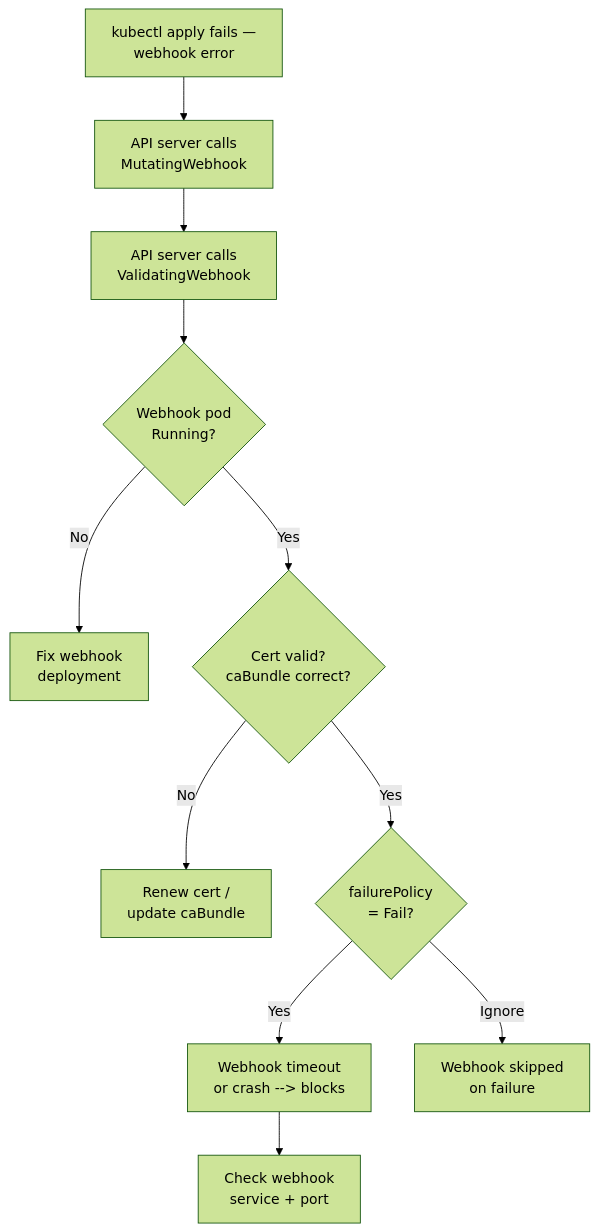
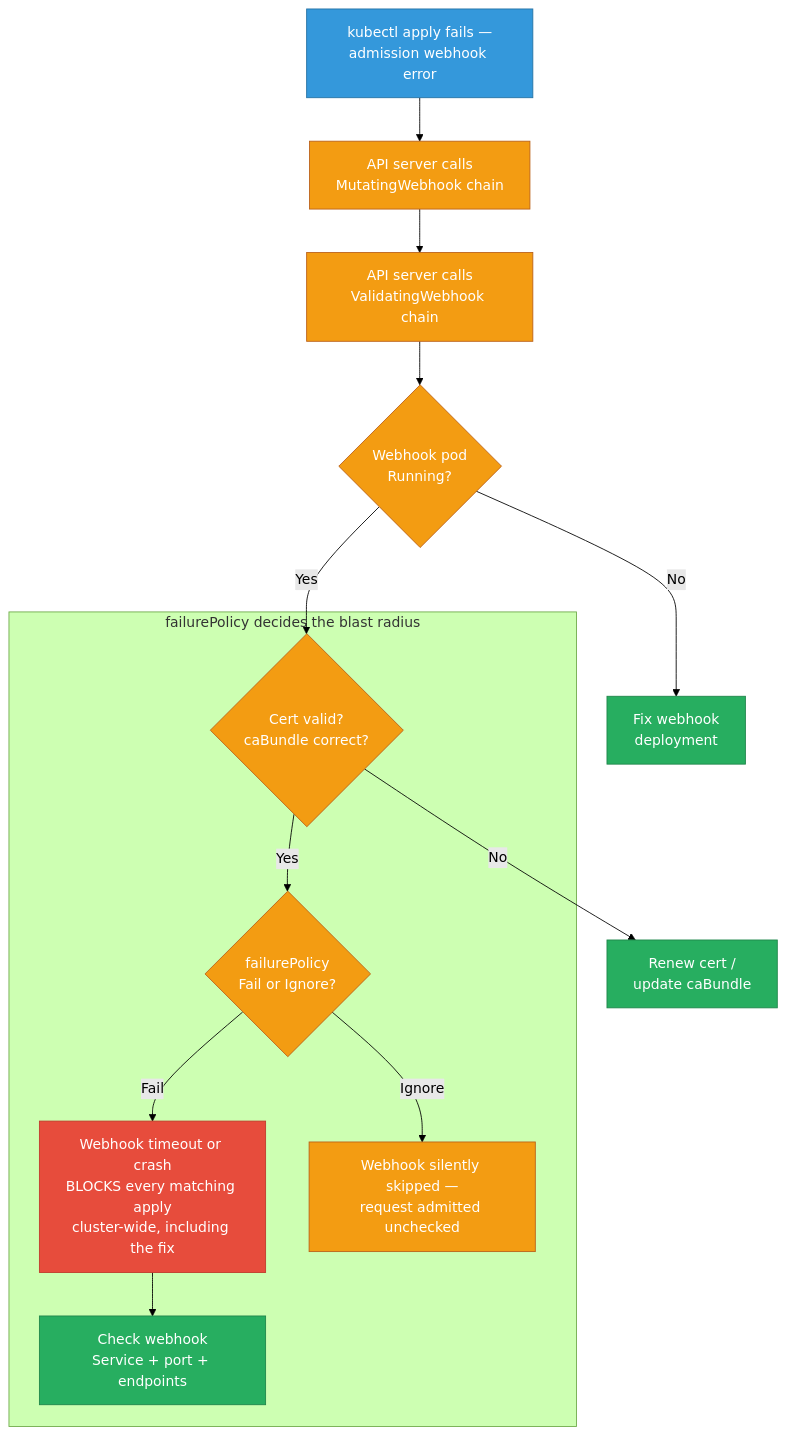
One commit to deepanshu-rawat6/DevOpsIndex changed the tenth of 13 diagrams in sre/k8s-scenarios.md. Above: the diagram before and after it, drawn with Mermaid (forest theme). The commit also changed other lines of this file and 7 other files, not shown here.

````diff
--- a/sre/k8s-scenarios.md
+++ b/sre/k8s-scenarios.md
@@ -1216,13 +1289,21 @@
 ```mermaid
 flowchart TD
-    A[kubectl apply fails —<br/>webhook error] --> B[API server calls<br/>MutatingWebhook]
-    B --> C[API server calls<br/>ValidatingWebhook]
-    C --> D{Webhook pod<br/>Running?}
-    D -- No --> E[Fix webhook<br/>deployment]
-    D -- Yes --> F{Cert valid?<br/>caBundle correct?}
-    F -- No --> G[Renew cert /<br/>update caBundle]
-    F -- Yes --> H{failurePolicy<br/>= Fail?}
-    H -- Yes --> I[Webhook timeout<br/>or crash --> blocks]
-    H -- Ignore --> J[Webhook skipped<br/>on failure]
-    I --> K[Check webhook<br/>service + port]
+    classDef start fill:#3498db,stroke:#2471a3,color:#fff
+    classDef check fill:#f39c12,stroke:#ba6018,color:#fff
+    classDef fix fill:#27ae60,stroke:#1e8449,color:#fff
+    classDef trap fill:#e74c3c,stroke:#c0392b,color:#fff
+
+    A["kubectl apply fails —<br/>admission webhook error"]:::start --> B["API server calls<br/>MutatingWebhook chain"]:::check
+    B --> C["API server calls<br/>ValidatingWebhook chain"]:::check
+    C --> D{"Webhook pod<br/>Running?"}:::check
+    D -- No --> E["Fix webhook<br/>deployment"]:::fix
+    D -- Yes --> F{"Cert valid?<br/>caBundle correct?"}:::check
+    F -- No --> G["Renew cert /<br/>update caBundle"]:::fix
+
+    subgraph PolicyBranch["failurePolicy decides the blast radius"]
+        F -- Yes --> H{"failurePolicy<br/>Fail or Ignore?"}:::check
+        H -- Fail --> I["Webhook timeout or crash<br/>BLOCKS every matching apply<br/>cluster-wide, including the fix"]:::trap
+        H -- Ignore --> J["Webhook silently skipped —<br/>request admitted unchecked"]:::check
+        I --> K["Check webhook<br/>Service + port + endpoints"]:::fix
+    end
 ```
````
